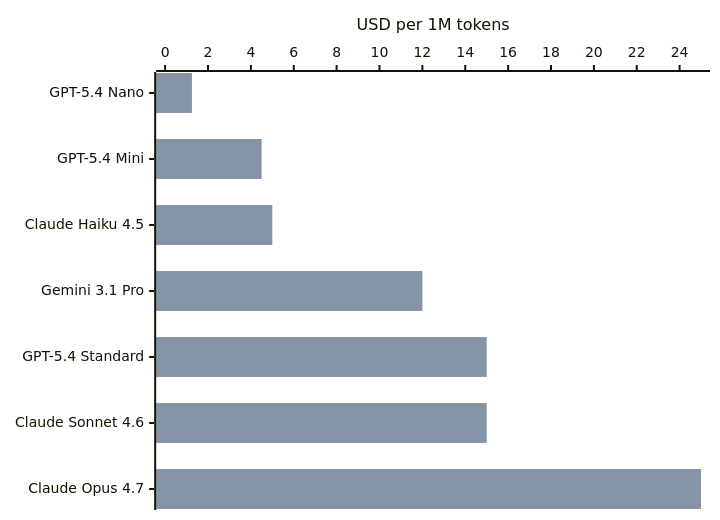
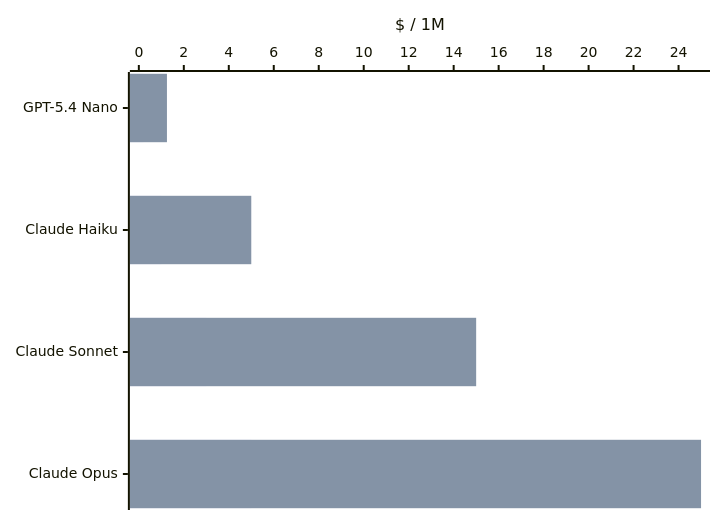
Before and after one commit to ninadpathak/ninadpathak: the diagram in content/diagrams/llm-token-budgets/token-pricing.mmd, drawn with Mermaid. The commit also changed 64 other files, not shown here.

```diff
--- a/content/diagrams/llm-token-budgets/token-pricing.mmd
+++ b/content/diagrams/llm-token-budgets/token-pricing.mmd
@@ -1,20 +1,14 @@
 %% @fig 01
 %% @kicker Price per million tokens, Q2 2026
-%% @alt A horizontal bar chart of input and output prices per million tokens for seven models, from GPT-5.4 Nano at $0.20 input and $1.25 output to Claude Opus 4.7 at $5 input and $25 output. A table repeats the prices and shows that output costs 5 to 6.25 times input for every model listed.
-%% @caption Prices from the article's Q2 2026 table, rounded to three significant figures. GPT-5.4 Pro ($30 / $180) is left out so the scale stays readable.
+%% @alt Paired bars built from one-dollar tiles show input and output prices per million tokens for four models: GPT-5.4 Nano at $0.20 and $1.25, Claude Haiku 4.5 at $1 and $5, Claude Sonnet 4.6 at $3 and $15, and Claude Opus 4.7 at $5 and $25. Output costs five to six times input on every model; Opus is marked at 5×.
+%% @caption Prices from the article's Q2 2026 table. Each tile is $1 per million tokens.
 %% @series Input; Output
 %% @unit $
-%% @table Output premium | Model | Input | Output | Output ÷ input
-%% @row GPT-5.4 Nano | $0.20 | $1.25 | 6.25×
-%% @row GPT-5.4 Mini | $0.75 | $4.50 | 6×
-%% @row Claude Haiku 4.5 | $1 | $5 | 5×
-%% @row Gemini 3.1 Pro | $2 | $12 | 6×
-%% @row GPT-5.4 Standard | $2.50 | $15 | 6×
-%% @row Claude Sonnet 4.6 | $3 | $15 | 5×
-%% @row Claude Opus 4.7 | $5 | $25 | 5×
-%% @bar 2
+%% @callout 2:0
+%% @callout 2:3
+%% @ratio 3
 xychart-beta horizontal
-  x-axis ["GPT-5.4 Nano", "GPT-5.4 Mini", "Claude Haiku 4.5", "Gemini 3.1 Pro", "GPT-5.4 Standard", "Claude Sonnet 4.6", "Claude Opus 4.7"]
-  y-axis "USD per 1M tokens" 0 --> 25
-  bar [0.2, 0.75, 1, 2, 2.5, 3, 5]
-  bar [1.25, 4.5, 5, 12, 15, 15, 25]
+  x-axis ["GPT-5.4 Nano", "Claude Haiku", "Claude Sonnet", "Claude Opus"]
+  y-axis "$ / 1M" 0 --> 25
+  bar [0.2, 1, 3, 5]
+  bar [1.25, 5, 15, 25]
```
